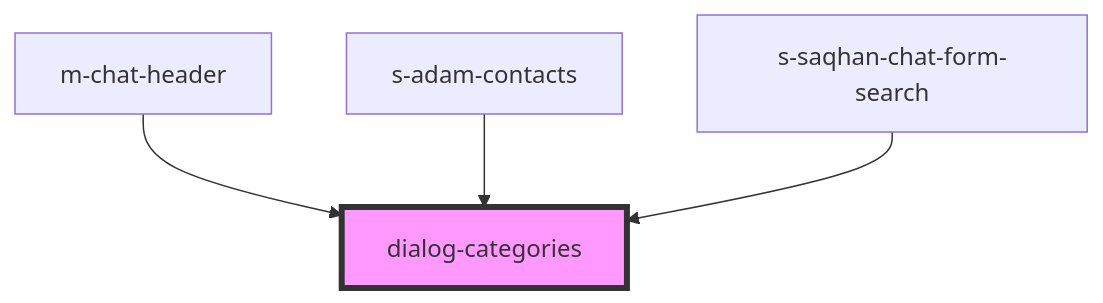
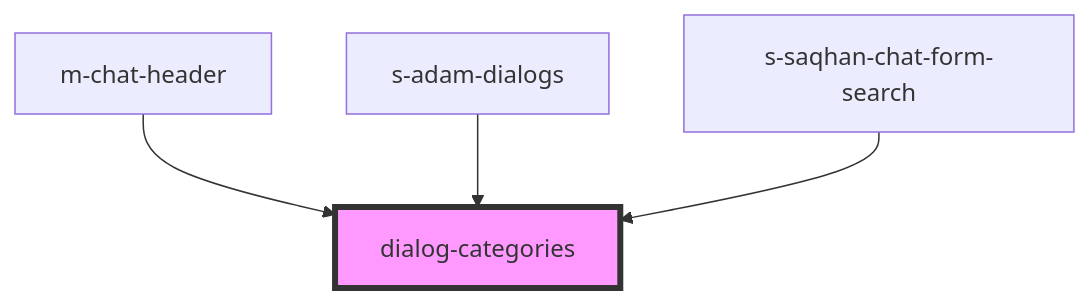
One commit to saqhan/stencil-chat changed the diagram in src/components/shared/dialog-categories/readme.md. Above: the diagram before and after it, drawn with Mermaid. The commit also changed other lines of this file and 23 other files, not shown here.

````diff
--- a/src/components/shared/dialog-categories/readme.md
+++ b/src/components/shared/dialog-categories/readme.md
@@ -37,7 +32,7 @@
 ```mermaid
 graph TD;
   m-chat-header --> dialog-categories
-  s-adam-contacts --> dialog-categories
+  s-adam-dialogs --> dialog-categories
   s-saqhan-chat-form-search --> dialog-categories
   style dialog-categories fill:#f9f,stroke:#333,stroke-width:4px
 ```
````
